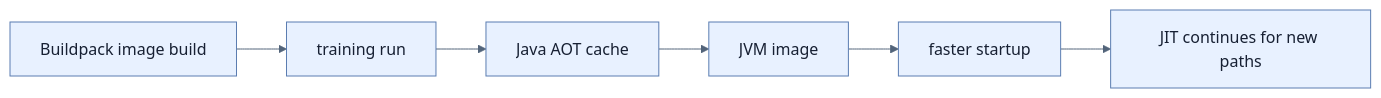
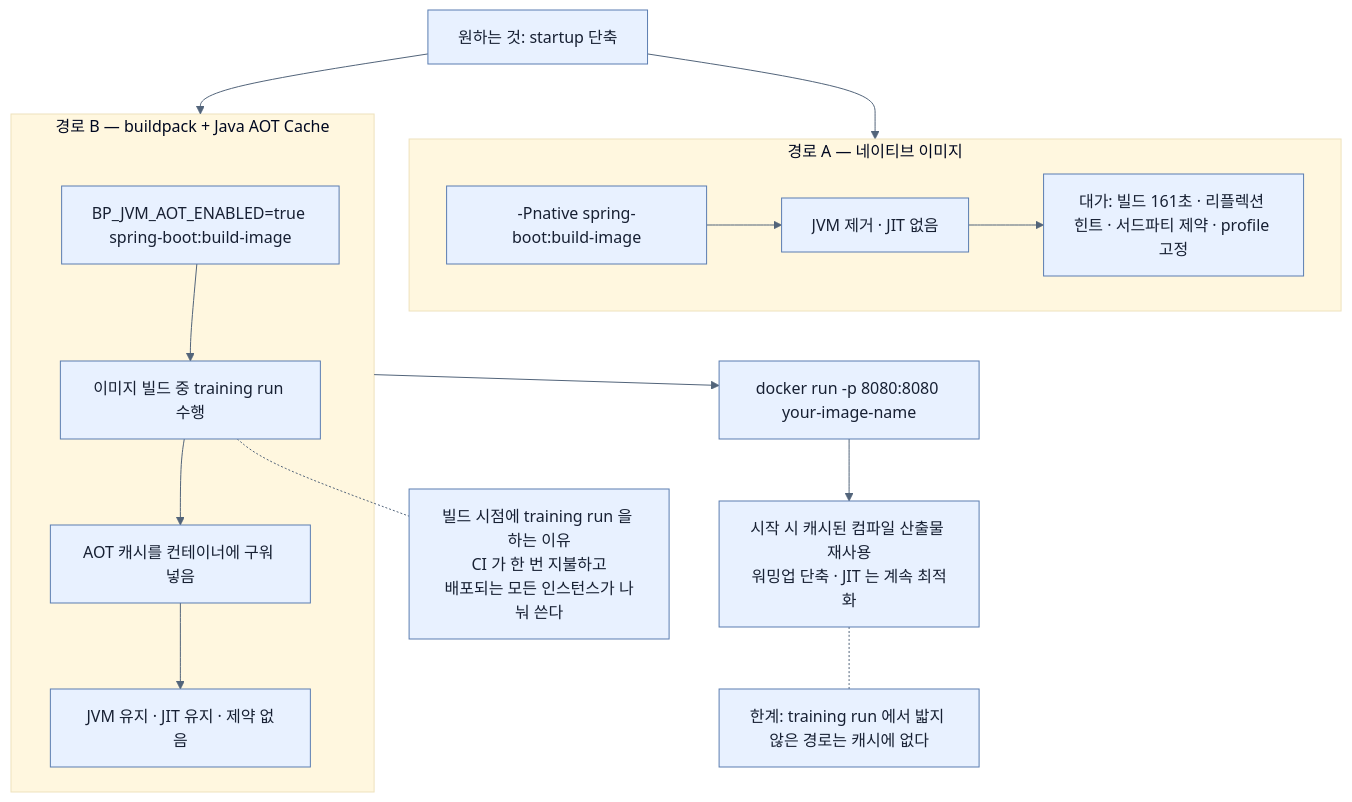
Before and after one commit to sing-u8/Learning_Spring_Boot_4: the diagram in spring-boot-4-pdf-notes/part-3-releasing-an-application-with-spring-boot/chapter-8-going-native-with-spring-boot/06-using-buildpacks-with-java-aot-cache.md, drawn with Mermaid. The commit also changed other lines of this file and 253 other files, not shown here.

````diff
--- a/spring-boot-4-pdf-notes/part-3-releasing-an-application-with-spring-boot/chapter-8-going-native-with-spring-boot/06-using-buildpacks-with-java-aot-cache.md
+++ b/spring-boot-4-pdf-notes/part-3-releasing-an-application-with-spring-boot/chapter-8-going-native-with-spring-boot/06-using-buildpacks-with-java-aot-cache.md
@@ -28,9 +99,32 @@
 ```mermaid
 %%{init: {'theme': 'base', 'themeVariables': {'background': '#ffffff', 'primaryColor': '#e8f1ff', 'primaryTextColor': '#172033', 'primaryBorderColor': '#5b7db1', 'lineColor': '#52647a', 'secondaryColor': '#f7fbff', 'tertiaryColor': '#fff7df'}}}%%
-flowchart LR
-    B[Buildpack image build] --> T[training run]
-    T --> C[Java AOT cache]
-    C --> I[JVM image]
-    I --> S[faster startup]
-    S --> J[JIT continues for new paths]
+flowchart TB
+    GOAL["원하는 것: startup 단축"]
+
+    GOAL --> P1
+    GOAL --> P2
+
+    subgraph P1["경로 A — 네이티브 이미지"]
+        A1["-Pnative spring-boot:build-image"]
+        A2["JVM 제거 · JIT 없음"]
+        A3["대가: 빌드 161초 · 리플렉션 힌트 · 서드파티 제약 · profile 고정"]
+        A1 --> A2 --> A3
+    end
+
+    subgraph P2["경로 B — buildpack + Java AOT Cache"]
+        B1["BP_JVM_AOT_ENABLED=true spring-boot:build-image"]
+        B2["이미지 빌드 중 training run 수행"]
+        B3["AOT 캐시를 컨테이너에 구워 넣음"]
+        B4["JVM 유지 · JIT 유지 · 제약 없음"]
+        B1 --> B2 --> B3 --> B4
+    end
+
+    P2 --> RUN["docker run -p 8080:8080 your-image-name"]
+    RUN --> EFFECT["시작 시 캐시된 컴파일 산출물 재사용<br/>워밍업 단축 · JIT 는 계속 최적화"]
+
+    WHY["빌드 시점에 training run 을 하는 이유<br/>CI 가 한 번 지불하고<br/>배포되는 모든 인스턴스가 나눠 쓴다"]
+    B2 -.- WHY
+
+    LIMIT["한계: training run 에서 밟지 않은 경로는 캐시에 없다"]
+    EFFECT -.- LIMIT
 ```
````
